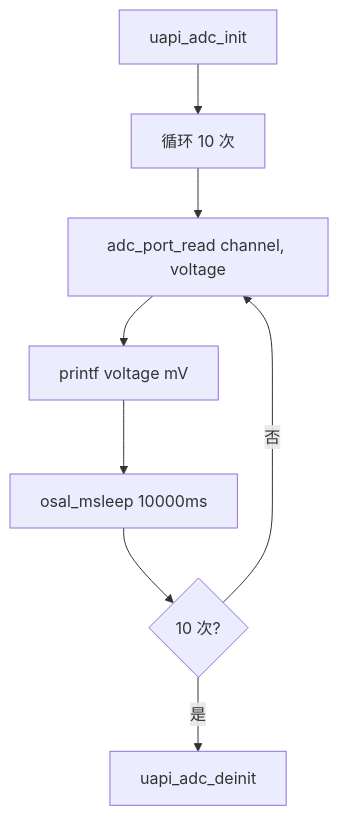
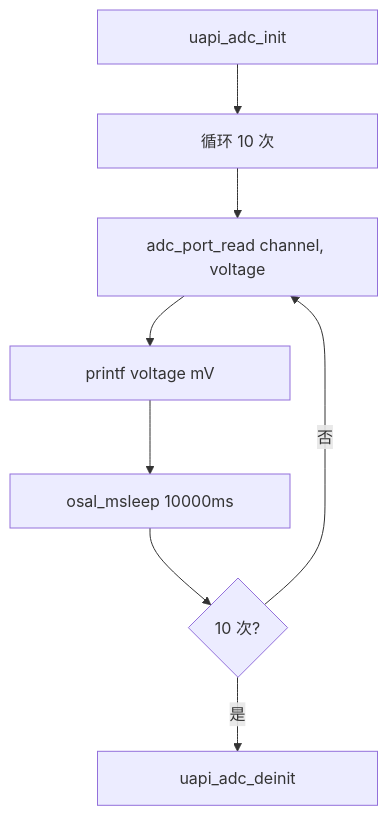
Before and after one commit to sanchuanhehe/fbb_ws53: the second of 2 diagrams in docs/zh-CN/samples/peripherals/adc/adc.md, drawn with Mermaid. The commit also changed other lines of this file and 8 other files, not shown here.

First line of the commit message:
docs: 优化 WS53 示例流程图与配置说明

````diff
--- a/docs/zh-CN/samples/peripherals/adc/adc.md
+++ b/docs/zh-CN/samples/peripherals/adc/adc.md
@@ -69,10 +69,10 @@
 ```mermaid
 flowchart TD
-    I[uapi_adc_init] --> L
-    L[循环 10 次] --> R[adc_port_read channel, voltage]
-    R --> P[printf voltage mV]
-    P --> S[osal_msleep 10000ms]
+    I["<div style='width: 220px;'>uapi_adc_init</div>"] --> L
+    L["<div style='width: 220px;'>循环 10 次</div>"] --> R["<div style='width: 220px;'>adc_port_read channel, voltage</div>"]
+    R --> P["<div style='width: 220px;'>printf voltage mV</div>"]
+    P --> S["<div style='width: 220px;'>osal_msleep 10000ms</div>"]
     S --> D{10 次?}
     D -->|否| R
-    D -->|是| E[uapi_adc_deinit]
+    D -->|是| E["<div style='width: 220px;'>uapi_adc_deinit</div>"]
 ```
````
